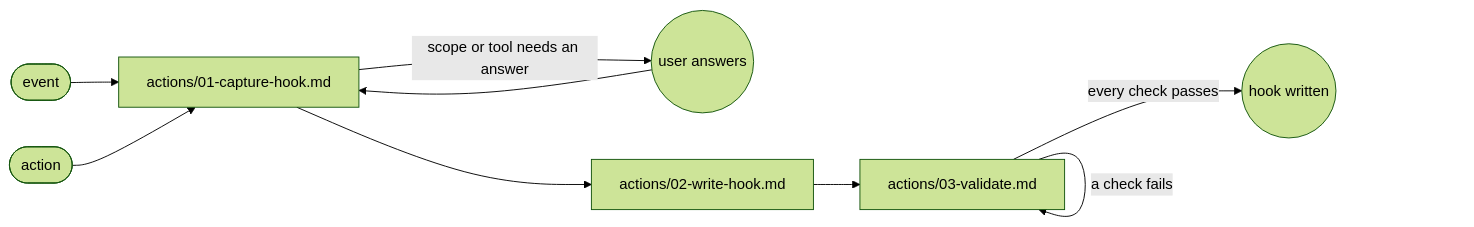
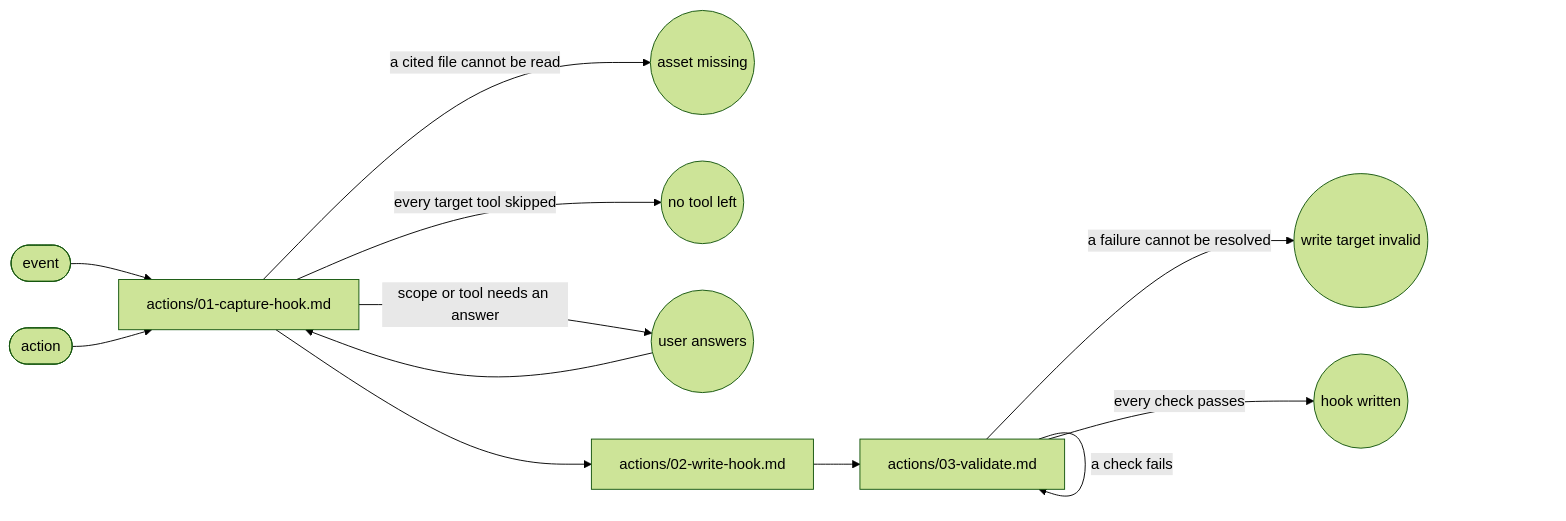
One commit to ai-driven-dev/framework changed the diagram in plugins/aidd-context/skills/08-hook-generate/SKILL.md. Above: the diagram before and after it, drawn with Mermaid (forest theme). The commit also changed other lines of this file and 31 other files, not shown here.

````diff
--- a/plugins/aidd-context/skills/08-hook-generate/SKILL.md
+++ b/plugins/aidd-context/skills/08-hook-generate/SKILL.md
@@ -9,9 +9,12 @@
 ```mermaid
 flowchart LR
   event([event]) --> capture["actions/01-capture-hook.md"]
   action([action]) --> capture
+  capture -->|"a cited file cannot be read"| missing((asset missing))
+  capture -->|"every target tool skipped"| notool((no tool left))
   capture -->|"scope or tool needs an answer"| user((user answers)) --> capture
   capture --> write["actions/02-write-hook.md"] --> validate["actions/03-validate.md"]
   validate -->|"a check fails"| validate
+  validate -->|"a failure cannot be resolved"| invalid((write target invalid))
   validate -->|"every check passes"| done((hook written))
 ```
````
